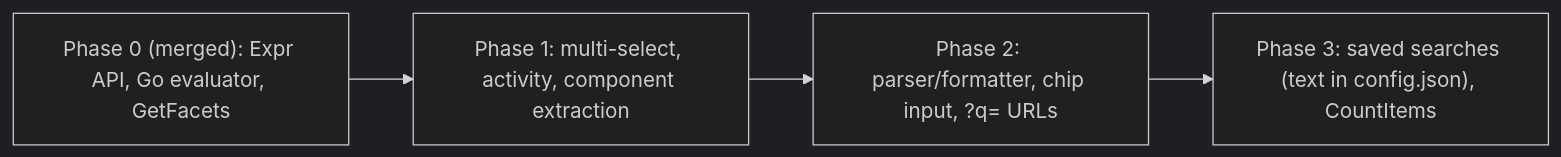
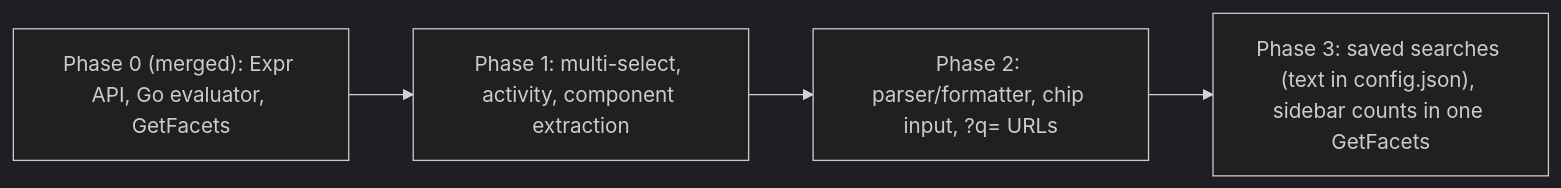
One commit to tallclair/octodeck changed the diagram in docs/internal/query_model_plan_overview.md. Above: the diagram before and after it, drawn with Mermaid (dark theme). The commit also changed other lines of this file and 2 other files, not shown here.

Commit message:
docs(query): fold saved-search badge counts into GetFacets

````diff
--- a/docs/internal/query_model_plan_overview.md
+++ b/docs/internal/query_model_plan_overview.md
@@ -74,6 +74,6 @@
 ```mermaid
 flowchart LR
   P0["Phase 0 (merged): Expr API, Go evaluator, GetFacets"] --> P1["Phase 1: multi-select, activity, component extraction"]
   P1 --> P2["Phase 2: parser/formatter, chip input, ?q= URLs"]
-  P2 --> P3["Phase 3: saved searches (text in config.json), CountItems"]
+  P2 --> P3["Phase 3: saved searches (text in config.json), sidebar counts in one GetFacets"]
 ```
````
